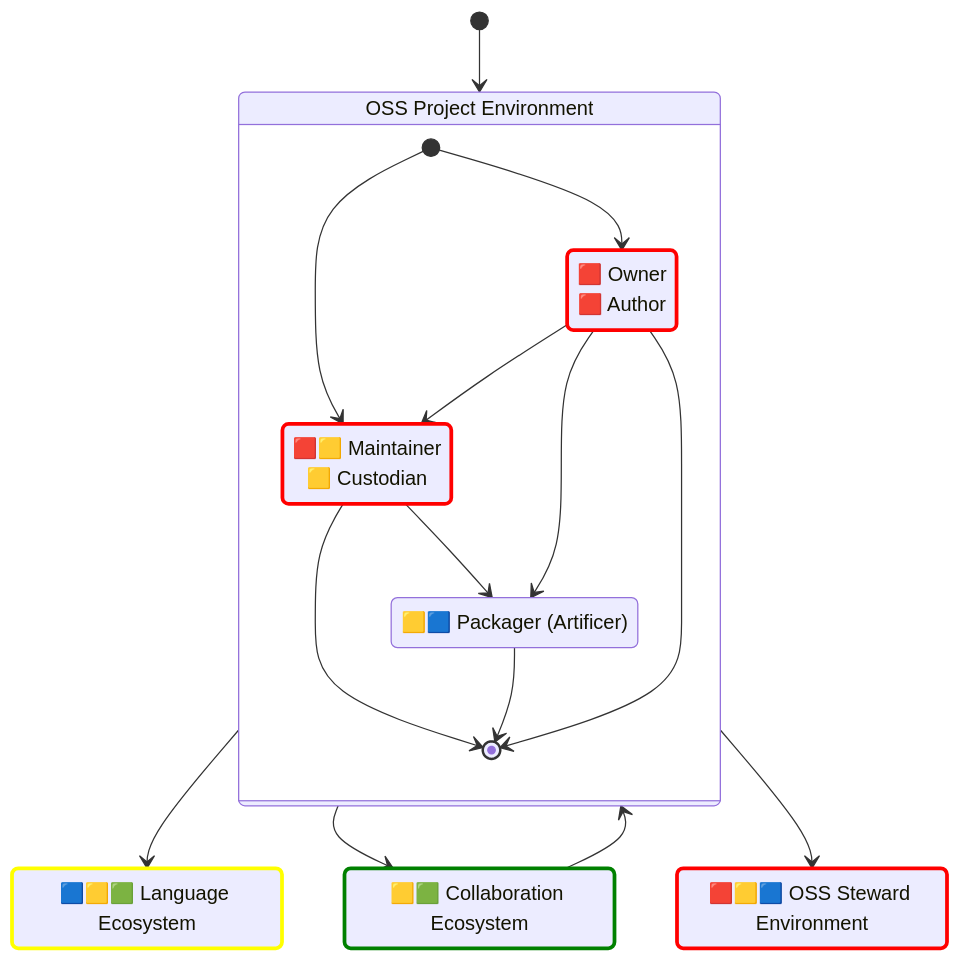
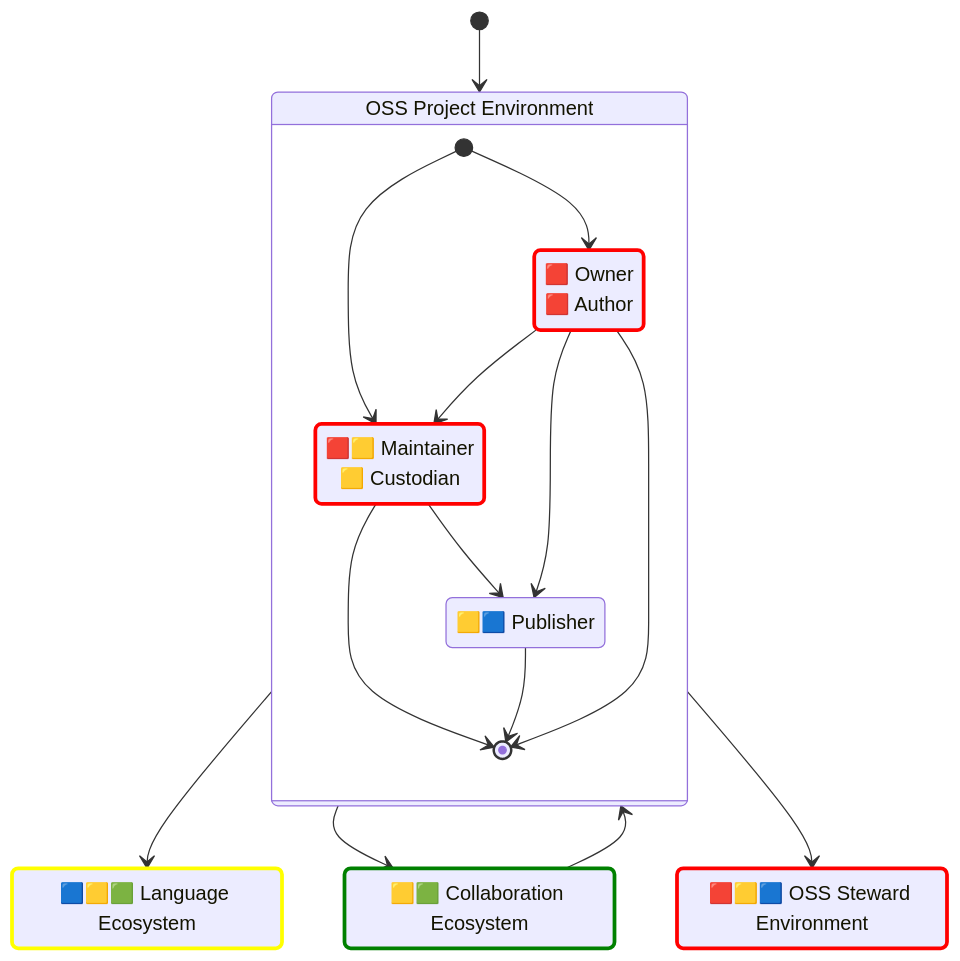
Before and after one commit to CPAN-Security/security.metacpan.org: the fourth of 5 diagrams in docs/supplychain-sbom.md, drawn with Mermaid. The commit also changed other lines of this file and 1 other file, not shown here.

Commit message:
Merge in updates from other branches

````diff
--- a/docs/supplychain-sbom.md
+++ b/docs/supplychain-sbom.md
@@ -523,55 +523,55 @@
 ```mermaid
 stateDiagram-v2
     direction TB
     accTitle: An Idealized Open Source supply-chain Graph, OSS Project perspective
     %%accDescr: This graph illustrates how different types of development environments and ecosystems interconnect, what kind of roles you may find in these, and what type of metadata operations they may care to do
 
     %%
     classDef createsSBOM stroke:red,stroke-width:3px;
     classDef assemblesSBOM stroke:yellow,stroke-width:3px,stroke-dasharray:15 5;
     classDef updatesSBOM stroke:yellow,stroke-width:3px;
     classDef distributesSBOM stroke:green,stroke-width:3px;
     classDef verifiesSBOM stroke:#07f,stroke-width:3px;
     classDef censorsSBOM stroke:#07f,stroke-width:3px;
     classDef ignoresSBOM stroke:#777,stroke-width:3px;
 
     %% OSS Project Environment
     state "🟥 Owner<br>🟥 Author" as project_author
     state "🟥🟨 Maintainer<br>🟨 Custodian" as project_maintainer
-    state "🟨🟦 Packager (Artificer)" as language_packager
+    state "🟨🟦 Publisher" as language_publisher
     %%
     state "OSS Project Environment" as environment_project {
         [*]                --> project_author
         [*]                --> project_maintainer
         project_author     --> project_maintainer
-        project_maintainer --> language_packager
-        project_author     --> language_packager
+        project_maintainer --> language_publisher
+        project_author     --> language_publisher
         project_maintainer --> [*]
-        language_packager  --> [*]
+        language_publisher --> [*]
         project_author     --> [*]
     }
     %%
     class project_author createsSBOM
     class project_maintainer createsSBOM
     class ecosystem_forge distributesSBOM
     class ecosystem_lang updatesSBOM
     class environment_steward createsSBOM
 
     [*] --> environment_project
 
     %% Language Ecosystem
     state "🟦🟨🟩 Language Ecosystem" as ecosystem_lang
     environment_project --> ecosystem_lang
 
     %% Collaboration Ecosystem
     state "🟨🟩 Collaboration Ecosystem" as ecosystem_forge
     environment_project --> ecosystem_forge
     environment_project --> environment_steward
     ecosystem_forge     --> environment_project
 
     %% OSS Steward Environment
     state "🟥🟨🟦 OSS Steward Environment" as environment_steward
 
     %% Copyright © 2024 Salve J. Nilsen <sjn@oslo.pm>
     %% Some rights reserved. Licensed CC-BY-SA-4.0
 ```
````
